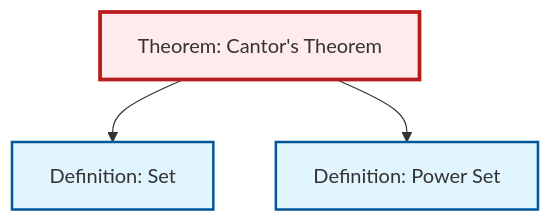
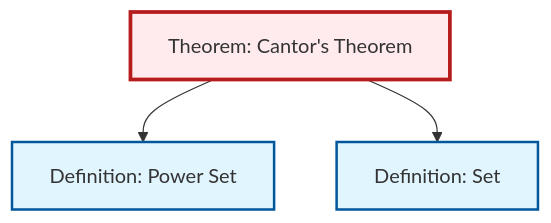
One commit to RK0429/ModernMath changed the second of 2 diagrams in content/ja/logic-set-theory/thm-cantor.qmd. Above: the diagram before and after it, drawn with Mermaid. The commit also changed other lines of this file and 360 other files, not shown here.

````diff
--- a/content/ja/logic-set-theory/thm-cantor.qmd
+++ b/content/ja/logic-set-theory/thm-cantor.qmd
@@ -71,17 +71,17 @@
 ```{mermaid}
 %%| fig-cap: "Local dependency graph"
 graph TD
     classDef definition fill:#e1f5fe,stroke:#01579b,stroke-width:2px
     classDef theorem fill:#f3e5f5,stroke:#4a148c,stroke-width:2px
     classDef axiom fill:#fff3e0,stroke:#e65100,stroke-width:2px
     classDef example fill:#e8f5e9,stroke:#1b5e20,stroke-width:2px
     classDef current fill:#ffebee,stroke:#b71c1c,stroke-width:3px
     def-set["Definition: Set"]:::definition
+    thm-cantor["Theorem: Cantor's Theorem"]:::theorem
     def-power-set["Definition: Power Set"]:::definition
-    thm-cantor["Theorem: Cantor's Theorem"]:::theorem
+    thm-cantor --> def-power-set
     thm-cantor --> def-set
-    thm-cantor --> def-power-set
     class thm-cantor current
     click def-set "def-set.html" "Definition: Setへ"
     click def-power-set "def-power-set.html" "Definition: Power Setへ"
 ```
````
